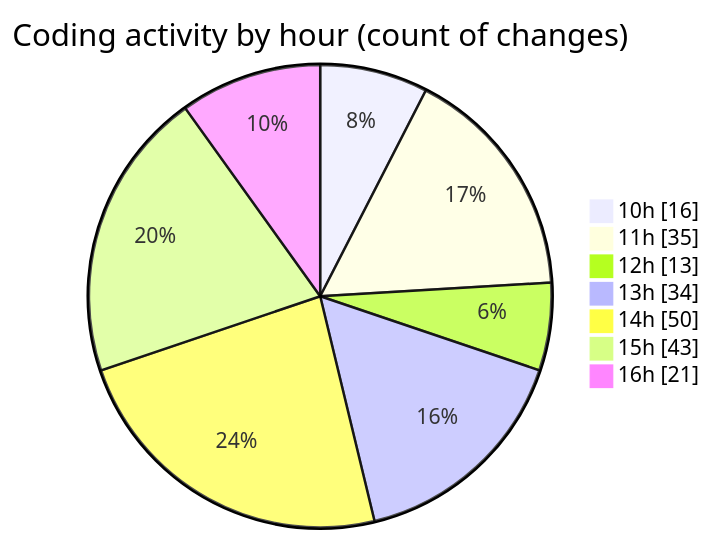
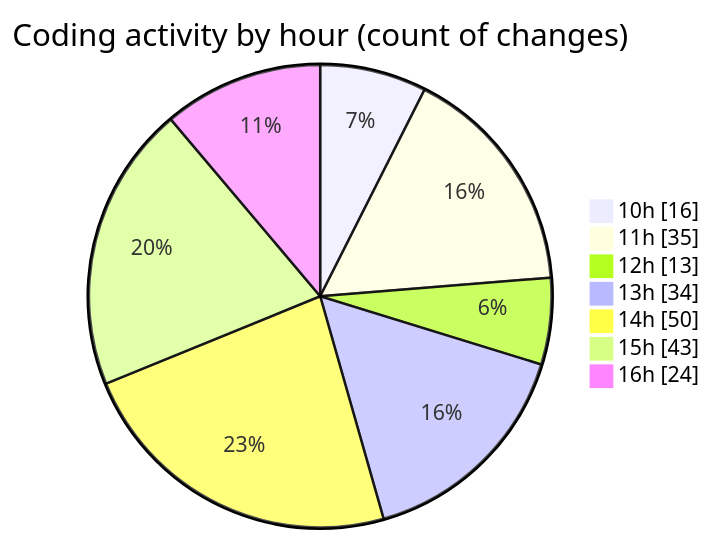
Before and after one commit to charlie-sans/code-tracking: the second of 2 diagrams in 2025-02-20/micros/README.md, drawn with Mermaid. The commit also changed other lines of this file and 1 other file, not shown here.

````diff
--- a/2025-02-20/micros/README.md
+++ b/2025-02-20/micros/README.md
@@ -62,11 +62,11 @@
 ```mermaid
 pie showData
 title Coding activity by hour (count of changes)
 "10h" : 16
 "11h" : 35
 "12h" : 13
 "13h" : 34
 "14h" : 50
 "15h" : 43
-"16h" : 21
+"16h" : 24
 ```
````
